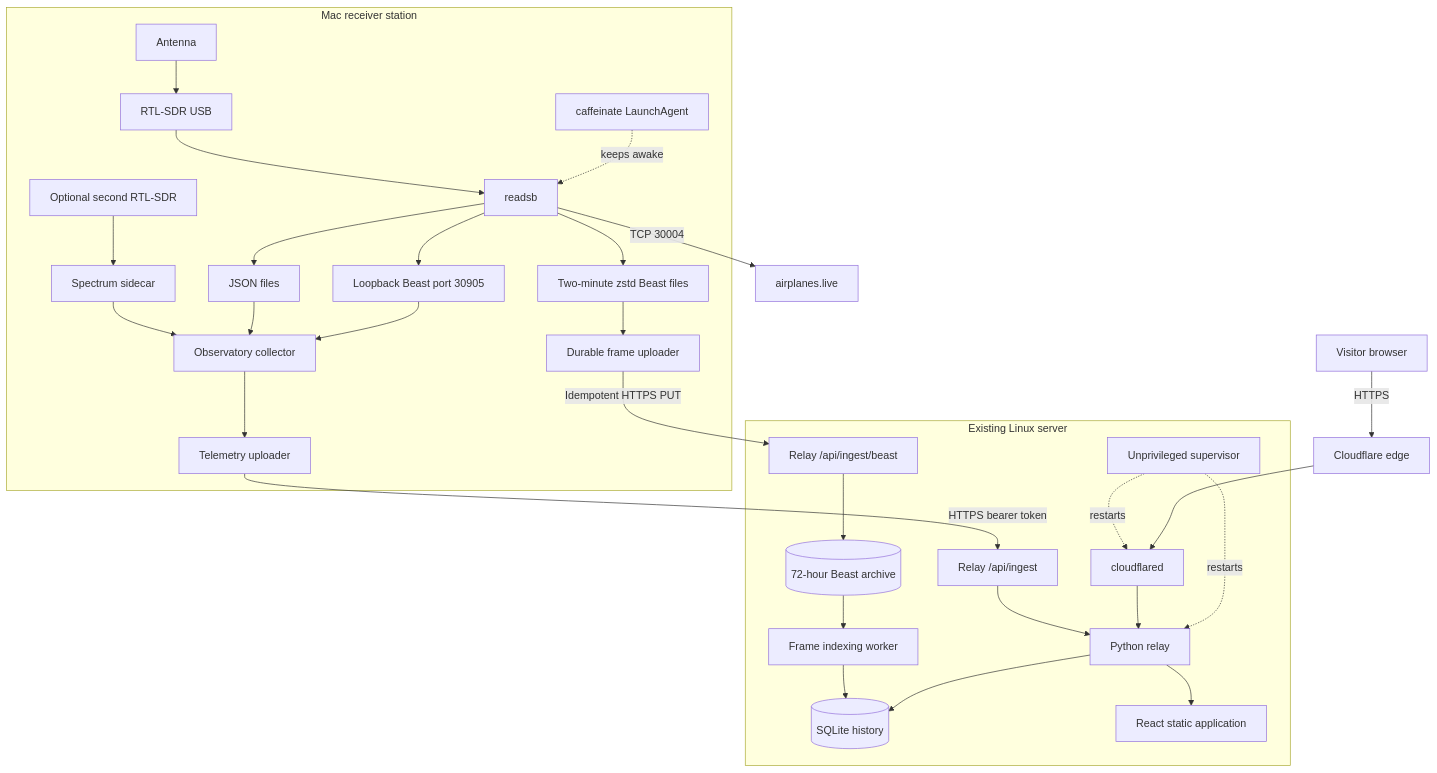
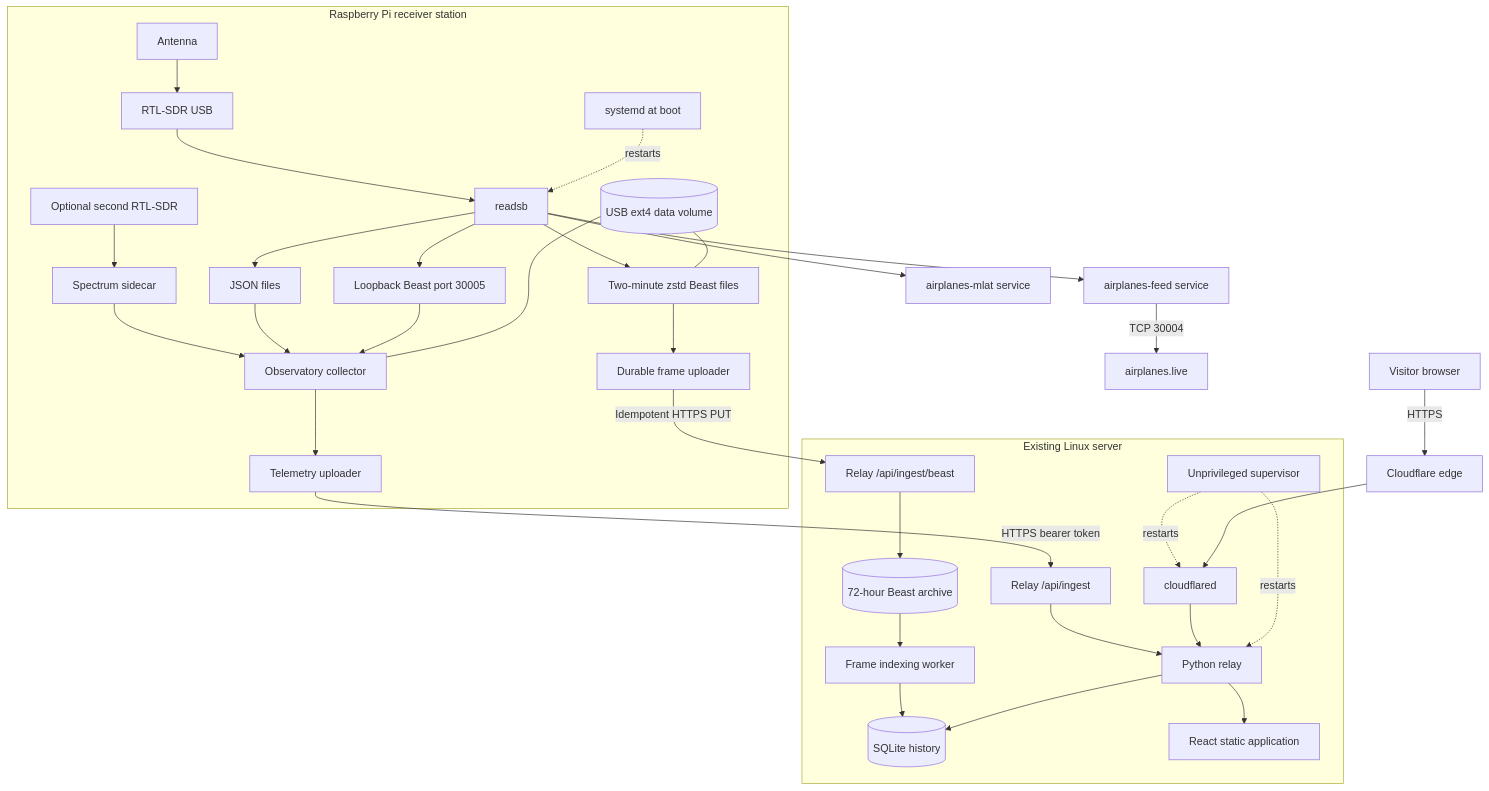
One commit to ramideltoro/antenna_observatory changed the second of 6 diagrams in wiki-site/docs/architecture.md. Above: the diagram before and after it, drawn with Mermaid. The commit also changed other lines of this file and 14 other files, not shown here.

Commit message:
docs: describe Raspberry Pi receiver and USB storage operations (#21)

````diff
--- a/wiki-site/docs/architecture.md
+++ b/wiki-site/docs/architecture.md
@@ -23,36 +23,40 @@
 ```mermaid
 flowchart TB
-    subgraph Home[Mac receiver station]
+    subgraph Home[Raspberry Pi receiver station]
       Ant[Antenna] --> SDR[RTL-SDR USB]
       SDR --> Readsb[readsb]
       SDR2[Optional second RTL-SDR] --> Spectrum[Spectrum sidecar]
       Spectrum --> Collector
       Readsb --> JSON[JSON files]
-      Readsb --> Beast[Loopback Beast port 30905]
+      Readsb --> Beast[Loopback Beast port 30005]
       Readsb --> Dump[Two-minute zstd Beast files]
       JSON --> Collector[Observatory collector]
       Beast --> Collector
-      Awake[caffeinate LaunchAgent] -. keeps awake .-> Readsb
+      Storage[(USB ext4 data volume)] --- Dump
+      Storage --- Collector
+      Boot[systemd at boot] -. restarts .-> Readsb
       Collector --> Uplink[Telemetry uploader]
       Dump --> FrameUplink[Durable frame uploader]
     end
 
-    Readsb -->|TCP 30004| AL[airplanes.live]
+    Readsb --> Feed[airplanes-feed service]
+    Feed -->|TCP 30004| AL[airplanes.live]
+    Readsb --> MLAT[airplanes-mlat service]
     Uplink -->|HTTPS bearer token| Ingest[Relay /api/ingest]
     FrameUplink -->|Idempotent HTTPS PUT| BatchIngest[Relay /api/ingest/beast]
 
     subgraph VPS[Existing Linux server]
       Ingest --> Relay[Python relay]
       BatchIngest --> Archive[(72-hour Beast archive)]
       Archive --> Worker[Frame indexing worker]
       Worker --> SQLite
       Relay --> SQLite[(SQLite history)]
       Relay --> Static[React static application]
       Tunnel[cloudflared] --> Relay
       Supervisor[Unprivileged supervisor] -. restarts .-> Relay
       Supervisor -. restarts .-> Tunnel
     end
 
     Browser[Visitor browser] -->|HTTPS| CF[Cloudflare edge]
     CF --> Tunnel
 ```
````
